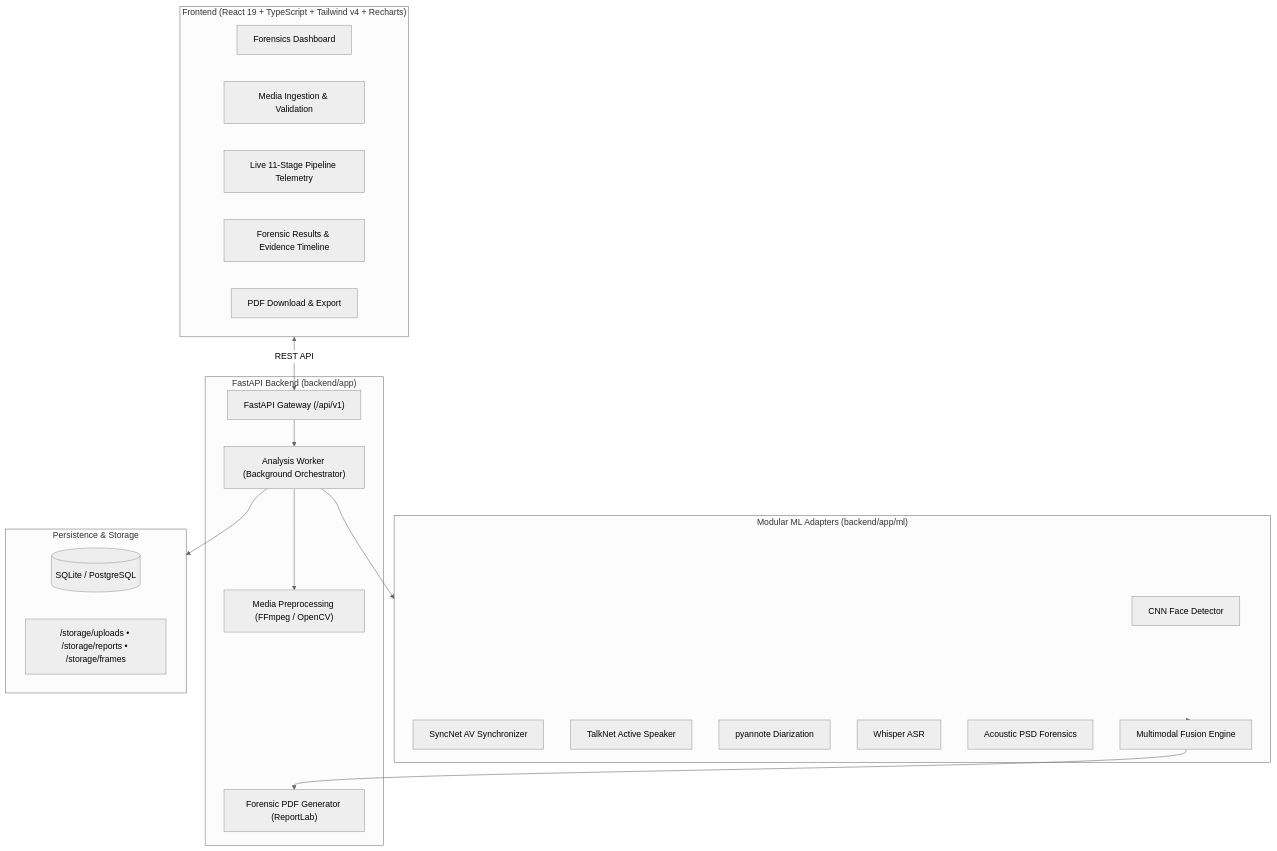
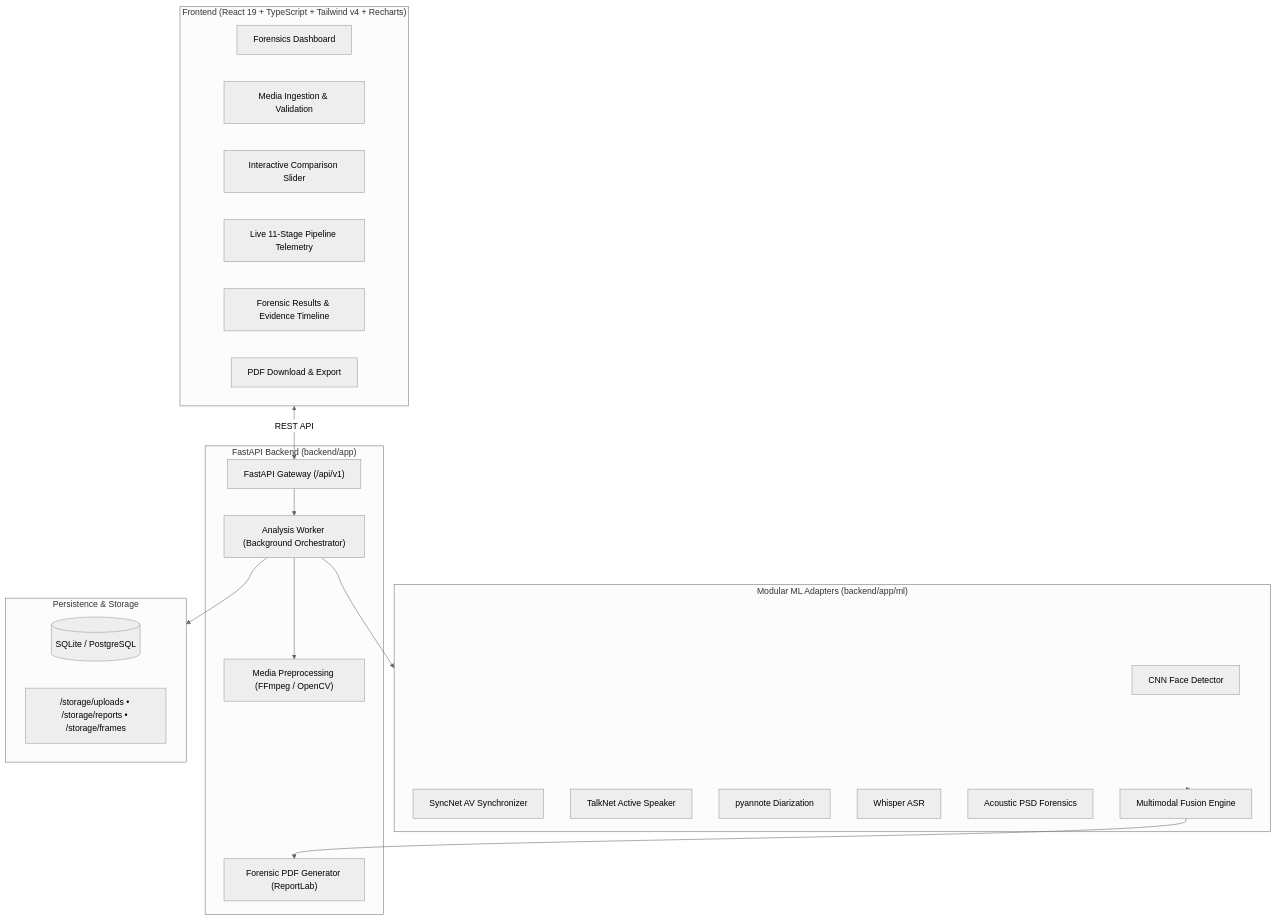
One commit to aayushcse2004/verifai-deepfake-detection changed the diagram in README.md. Above: the diagram before and after it, drawn with Mermaid (neutral theme). The commit also changed other lines of this file and 73 other files, not shown here.

````diff
--- a/README.md
+++ b/README.md
@@ -34,40 +34,41 @@
 ```mermaid
 flowchart TD
     subgraph Client ["Frontend (React 19 + TypeScript + Tailwind v4 + Recharts)"]
         UI_Dash[Forensics Dashboard]
         UI_Upload[Media Ingestion & Validation]
+        UI_Slider[Interactive Comparison Slider]
         UI_Monitor[Live 11-Stage Pipeline Telemetry]
         UI_Results[Forensic Results & Evidence Timeline]
         UI_Report[PDF Download & Export]
     end
 
     subgraph Backend ["FastAPI Backend (backend/app)"]
         API_Gateway["FastAPI Gateway (/api/v1)"]
         MediaSvc["Media Preprocessing (FFmpeg / OpenCV)"]
         Worker["Analysis Worker (Background Orchestrator)"]
         ReportGen["Forensic PDF Generator (ReportLab)"]
     end
 
     subgraph Adapters ["Modular ML Adapters (backend/app/ml)"]
         M1["CNN Face Detector"]
         M2["SyncNet AV Synchronizer"]
         M3["TalkNet Active Speaker"]
         M4["pyannote Diarization"]
         M5["Whisper ASR"]
         M6["Acoustic PSD Forensics"]
         Fusion["Multimodal Fusion Engine"]
     end
 
     subgraph DB ["Persistence & Storage"]
         SQLite[(SQLite / PostgreSQL)]
         Storage["/storage/uploads • /storage/reports • /storage/frames"]
     end
 
     Client <-->|REST API| API_Gateway
     API_Gateway --> Worker
     Worker --> MediaSvc
     Worker --> Adapters
     Adapters --> Fusion
     Fusion --> ReportGen
     Worker --> DB
 ```
````
